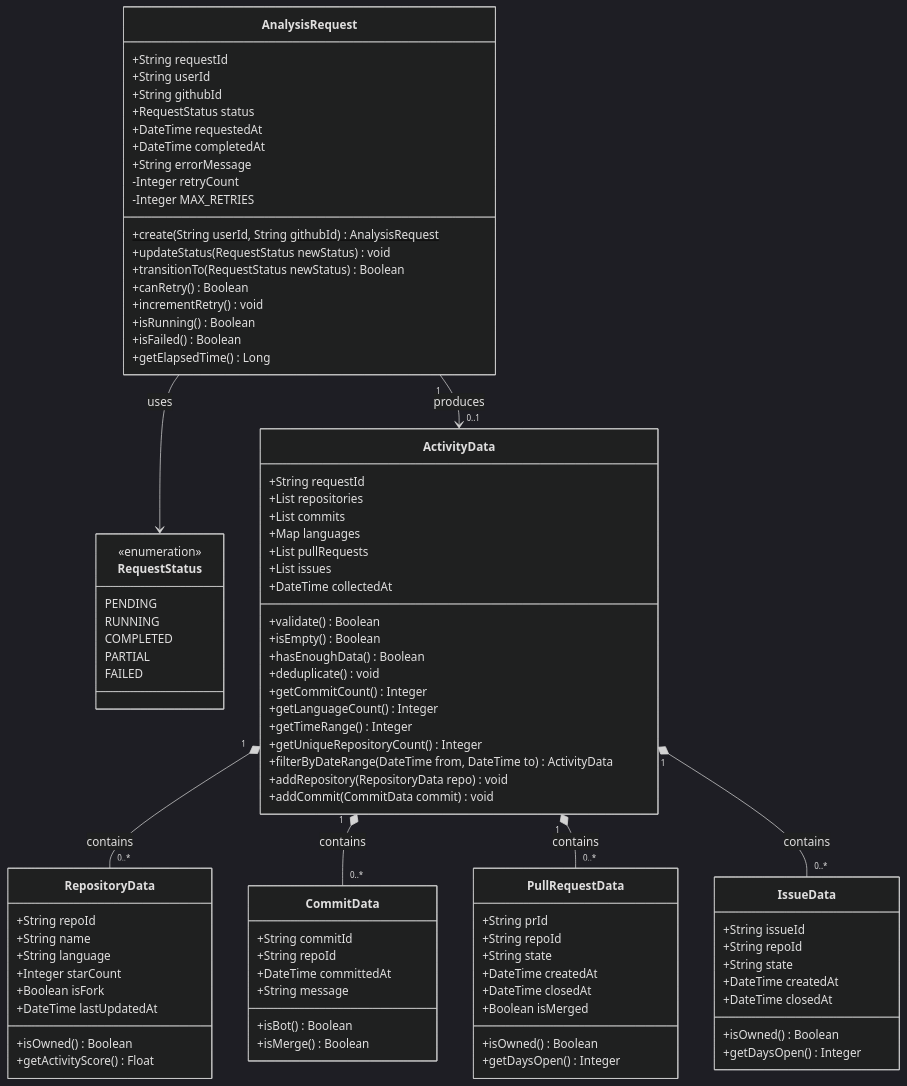
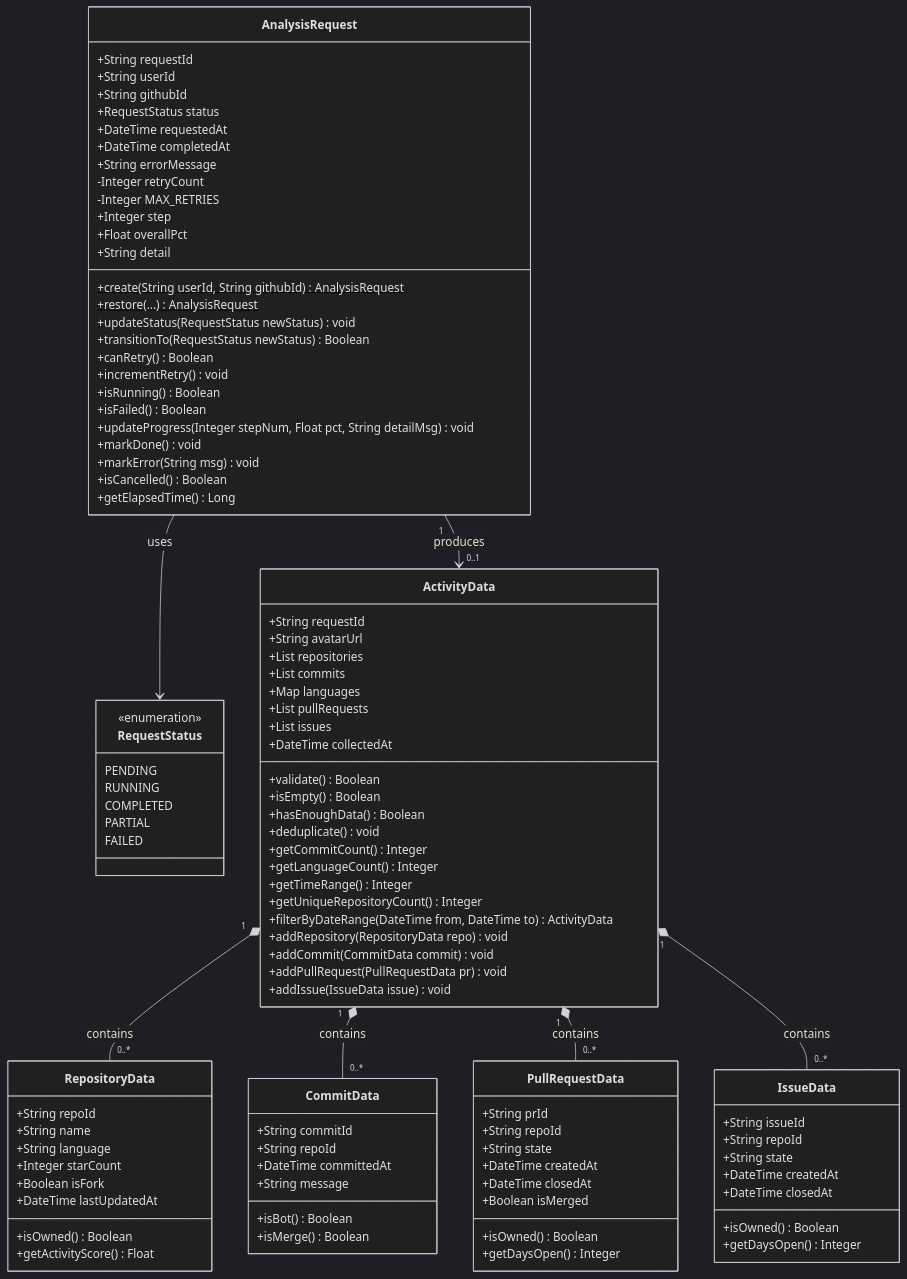
One commit to NotHyoone/OSS_Design changed the fourth of 15 diagrams in Design_[22212046_안효원].md. Above: the diagram before and after it, drawn with Mermaid (dark theme). The commit also changed other lines of this file and 2 other files, not shown here.

Commit message:
docs: sync design spec with implemented classes and flows

```diff
--- a/Design_[22212046_안효원].md
+++ b/Design_[22212046_안효원].md
@@ -297,13 +299,21 @@
         +String errorMessage
         -Integer retryCount
         -Integer MAX_RETRIES
+        +Integer step
+        +Float overallPct
+        +String detail
         +create(String userId, String githubId)$ AnalysisRequest
+        +restore(...)$ AnalysisRequest
         +updateStatus(RequestStatus newStatus) void
         +transitionTo(RequestStatus newStatus) Boolean
         +canRetry() Boolean
         +incrementRetry() void
         +isRunning() Boolean
         +isFailed() Boolean
+        +updateProgress(Integer stepNum, Float pct, String detailMsg) void
+        +markDone() void
+        +markError(String msg) void
+        +isCancelled() Boolean
         +getElapsedTime() Long
     }
 
@@ -318,6 +328,7 @@
 
     class ActivityData {
         +String requestId
+        +String avatarUrl
         +List repositories
         +List commits
         +Map languages
@@ -335,6 +346,8 @@
         +filterByDateRange(DateTime from, DateTime to) ActivityData
         +addRepository(RepositoryData repo) void
         +addCommit(CommitData commit) void
+        +addPullRequest(PullRequestData pr) void
+        +addIssue(IssueData issue) void
     }
 
     class RepositoryData {
```
